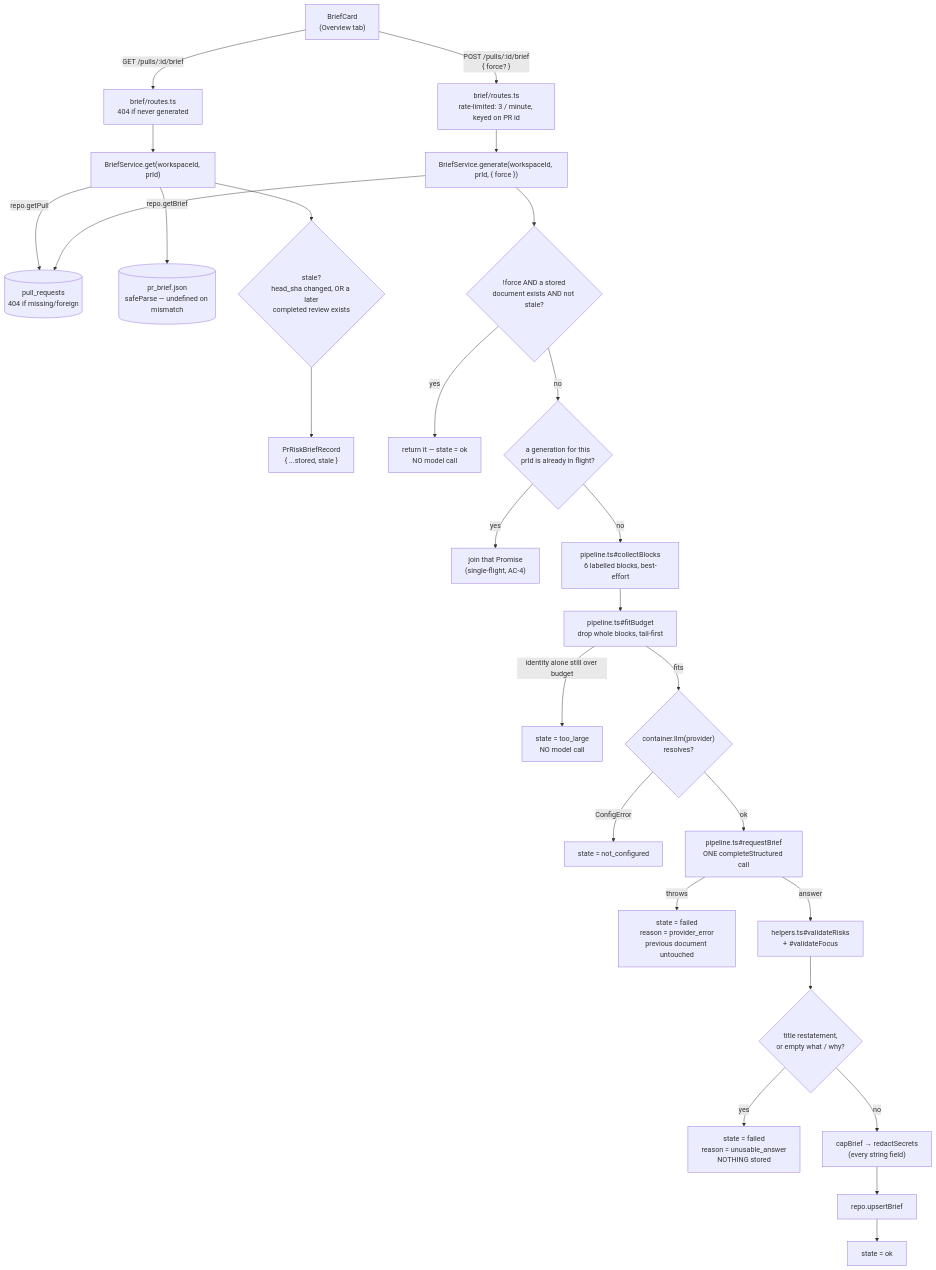
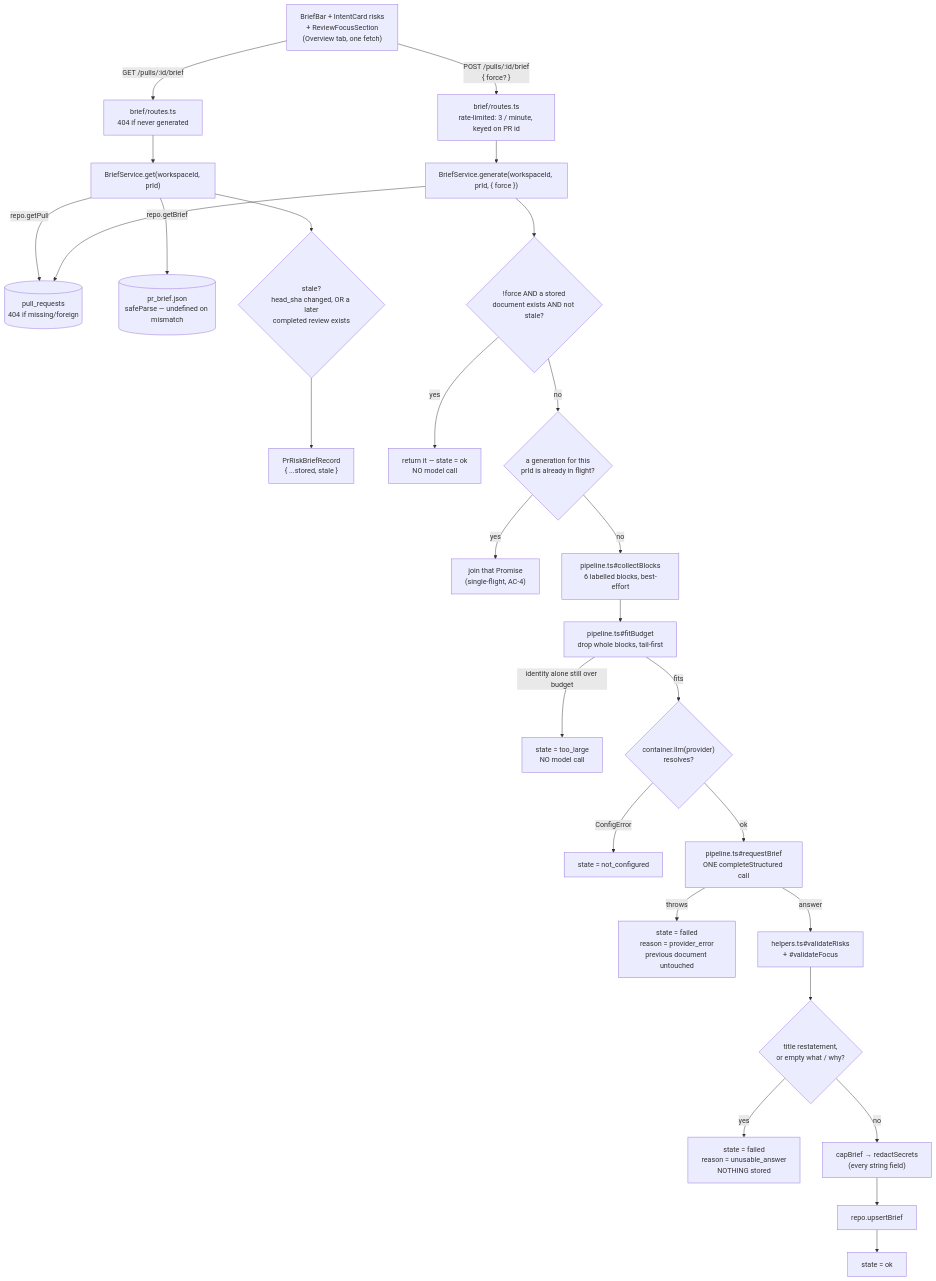
Before and after one commit to serhii-kudriashov-personal/dev-digest: the diagram in docs/pr-risk-brief.md, drawn with Mermaid. The commit also changed other lines of this file and 30 other files, not shown here.

````diff
--- a/docs/pr-risk-brief.md
+++ b/docs/pr-risk-brief.md
@@ -26,33 +26,33 @@
 ```mermaid
 flowchart TD
-  UI["BriefCard<br/>(Overview tab)"] -->|"GET /pulls/:id/brief"| RTG["brief/routes.ts<br/>404 if never generated"]
+  UI["BriefBar + IntentCard risks<br/>+ ReviewFocusSection<br/>(Overview tab, one fetch)"] -->|"GET /pulls/:id/brief"| RTG["brief/routes.ts<br/>404 if never generated"]
   UI -->|"POST /pulls/:id/brief<br/>{ force? }"| RTP["brief/routes.ts<br/>rate-limited: 3 / minute, keyed on PR id"]
 
   RTG --> SVG["BriefService.get(workspaceId, prId)"]
   RTP --> SVP["BriefService.generate(workspaceId, prId, { force })"]
 
   SVG -->|"repo.getPull"| PR[("pull_requests<br/>404 if missing/foreign")]
   SVG -->|"repo.getBrief"| PB[("pr_brief.json<br/>safeParse — undefined on mismatch")]
   SVG --> STALE{"stale?<br/>head_sha changed, OR a later<br/>completed review exists"}
   STALE --> REC["PrRiskBriefRecord<br/>{ ...stored, stale }"]
 
   SVP --> PR
   SVP --> CACHE{"!force AND a stored<br/>document exists AND not stale?"}
   CACHE -- yes --> HIT["return it — state = ok<br/>NO model call"]
   CACHE -- no --> FLIGHT{"a generation for this<br/>prId is already in flight?"}
   FLIGHT -- yes --> JOIN["join that Promise<br/>(single-flight, AC-4)"]
   FLIGHT -- no --> COLLECT["pipeline.ts#collectBlocks<br/>6 labelled blocks, best-effort"]
 
   COLLECT --> FIT["pipeline.ts#fitBudget<br/>drop whole blocks, tail-first"]
   FIT -- "identity alone still over budget" --> TOOLARGE["state = too_large<br/>NO model call"]
   FIT -- fits --> KEY{"container.llm(provider)<br/>resolves?"}
   KEY -- "ConfigError" --> NOTCFG["state = not_configured"]
   KEY -- ok --> CALL["pipeline.ts#requestBrief<br/>ONE completeStructured call"]
   CALL -- throws --> FAILED1["state = failed<br/>reason = provider_error<br/>previous document untouched"]
   CALL -- answer --> VALIDATE["helpers.ts#validateRisks<br/>+ #validateFocus"]
   VALIDATE --> UNUSABLE{"title restatement,<br/>or empty what / why?"}
   UNUSABLE -- yes --> FAILED2["state = failed<br/>reason = unusable_answer<br/>NOTHING stored"]
   UNUSABLE -- no --> CAP["capBrief → redactSecrets<br/>(every string field)"]
   CAP --> UPSERT["repo.upsertBrief"]
   UPSERT --> OK["state = ok"]
 ```
````
